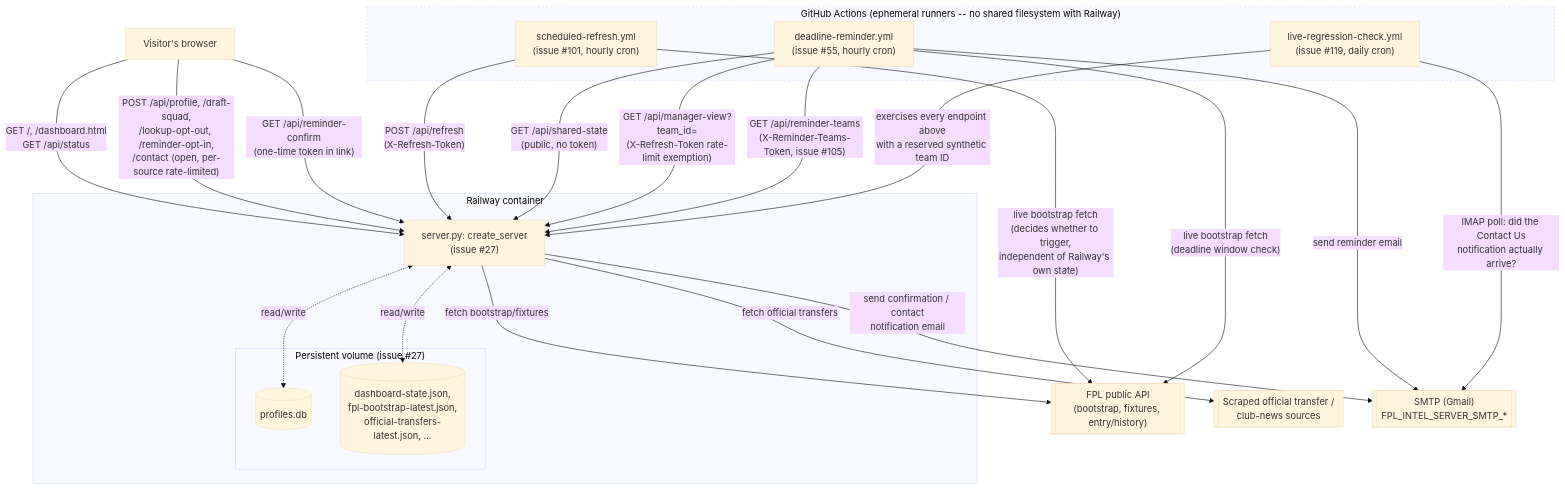
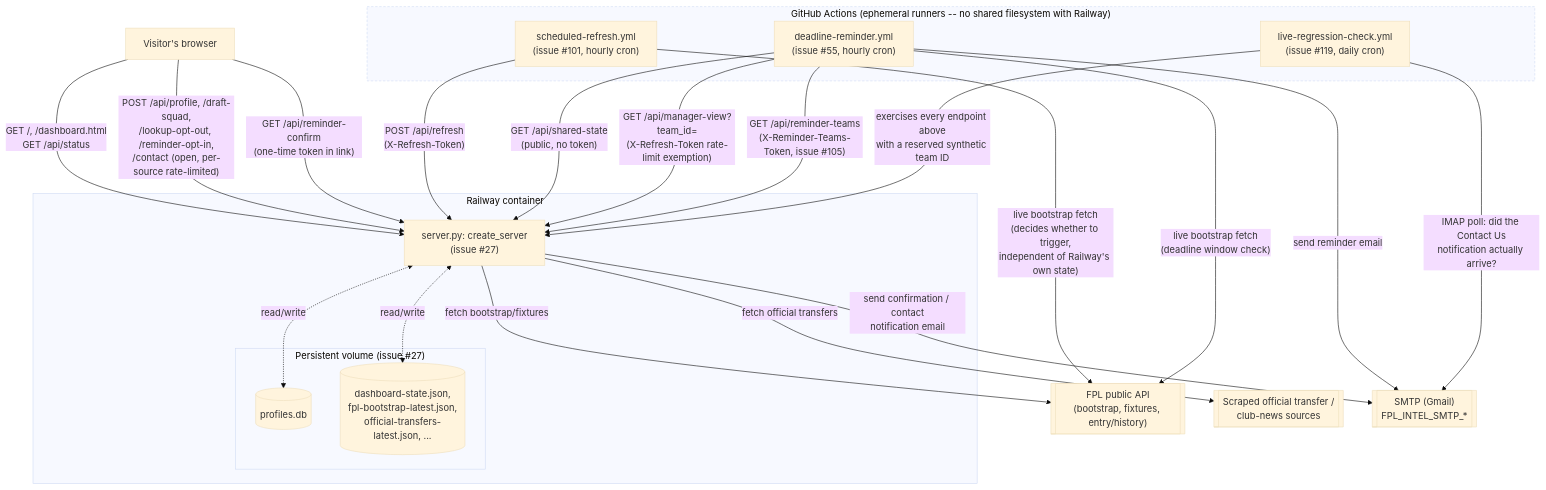
Before and after one commit to onkartalekar/fpl-intelligence: the first of 2 diagrams in ARCHITECTURE.md, drawn with Mermaid (base theme). The commit also changed 4 other files, not shown here.

First line of the commit message:
Unify SMTP credentials to a single FPL_INTEL_SMTP_* name everywhere (#140)

````diff
--- a/ARCHITECTURE.md
+++ b/ARCHITECTURE.md
@@ -22,48 +22,48 @@
 ```mermaid
 flowchart TB
     visitor["Visitor's browser"]
 
     subgraph gha["GitHub Actions (ephemeral runners -- no shared filesystem with Railway)"]
         scheduledRefresh["scheduled-refresh.yml<br/>(issue #101, hourly cron)"]
         deadlineReminder["deadline-reminder.yml<br/>(issue #55, hourly cron)"]
         liveCheck["live-regression-check.yml<br/>(issue #119, daily cron)"]
     end
 
     subgraph railway["Railway container"]
         server["server.py: create_server<br/>(issue #27)"]
         subgraph volume["Persistent volume (issue #27)"]
             profilesDb[("profiles.db")]
             artifacts[("dashboard-state.json,<br/>fpl-bootstrap-latest.json,<br/>official-transfers-latest.json, ...")]
         end
     end
 
     fplApi[["FPL public API<br/>(bootstrap, fixtures, entry/history)"]]
     transferSources[["Scraped official transfer /<br/>club-news sources"]]
-    smtp[["SMTP (Gmail)<br/>FPL_INTEL_SERVER_SMTP_*"]]
+    smtp[["SMTP (Gmail)<br/>FPL_INTEL_SMTP_*"]]
 
     visitor -->|"GET /, /dashboard.html<br/>GET /api/status"| server
     visitor -->|"POST /api/profile, /draft-squad,<br/>/lookup-opt-out, /reminder-opt-in,<br/>/contact (open, per-source rate-limited)"| server
     visitor -->|"GET /api/reminder-confirm<br/>(one-time token in link)"| server
 
     server <-.->|"read/write"| profilesDb
     server <-.->|"read/write"| artifacts
 
     server -->|"send confirmation / contact<br/>notification email"| smtp
 
     scheduledRefresh -->|"live bootstrap fetch<br/>(decides whether to trigger,<br/>independent of Railway's own state)"| fplApi
     scheduledRefresh -->|"POST /api/refresh<br/>(X-Refresh-Token)"| server
     server -->|"fetch bootstrap/fixtures"| fplApi
     server -->|"fetch official transfers"| transferSources
 
     deadlineReminder -->|"live bootstrap fetch<br/>(deadline window check)"| fplApi
     deadlineReminder -->|"GET /api/shared-state<br/>(public, no token)"| server
     deadlineReminder -->|"GET /api/manager-view?team_id=<br/>(X-Refresh-Token rate-limit exemption)"| server
     deadlineReminder -->|"GET /api/reminder-teams<br/>(X-Reminder-Teams-Token, issue #105)"| server
     deadlineReminder -->|"send reminder email"| smtp
 
     liveCheck -->|"exercises every endpoint above<br/>with a reserved synthetic team ID"| server
     liveCheck -->|"IMAP poll: did the Contact Us<br/>notification actually arrive?"| smtp
 
     classDef ephemeral stroke-dasharray: 4 3
     class gha ephemeral
 ```
````
